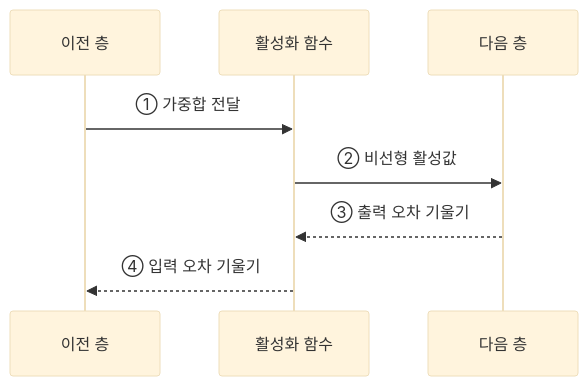
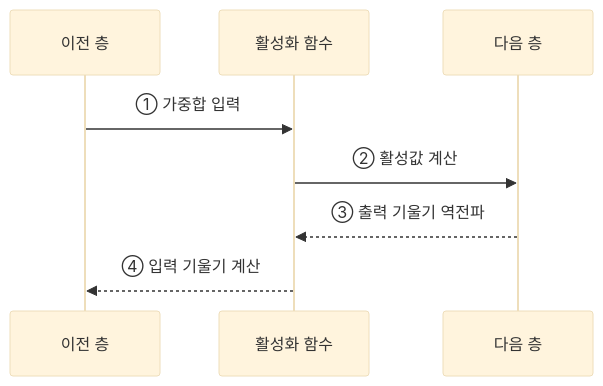
Before and after one commit to agnusdei1207/knowledge-base: the fourth of 4 diagrams in src/content/docs/notes/01-basic-theory/040_activation_functions.md, drawn with Mermaid (base theme). The commit also changed other lines of this file and 20 other files, not shown here.

````diff
--- a/src/content/docs/notes/01-basic-theory/040_activation_functions.md
+++ b/src/content/docs/notes/01-basic-theory/040_activation_functions.md
@@ -104,10 +108,10 @@
 ```mermaid
 sequenceDiagram
     participant P as 이전 층
     participant F as 활성화 함수
     participant N as 다음 층
-    P->>F: ① 가중합 전달
-    F->>N: ② 비선형 활성값
-    N-->>F: ③ 출력 오차 기울기
-    F-->>P: ④ 입력 오차 기울기
+    P->>F: ① 가중합 입력
+    F->>N: ② 활성값 계산
+    N-->>F: ③ 출력 기울기 역전파
+    F-->>P: ④ 입력 기울기 계산
 ```
````
